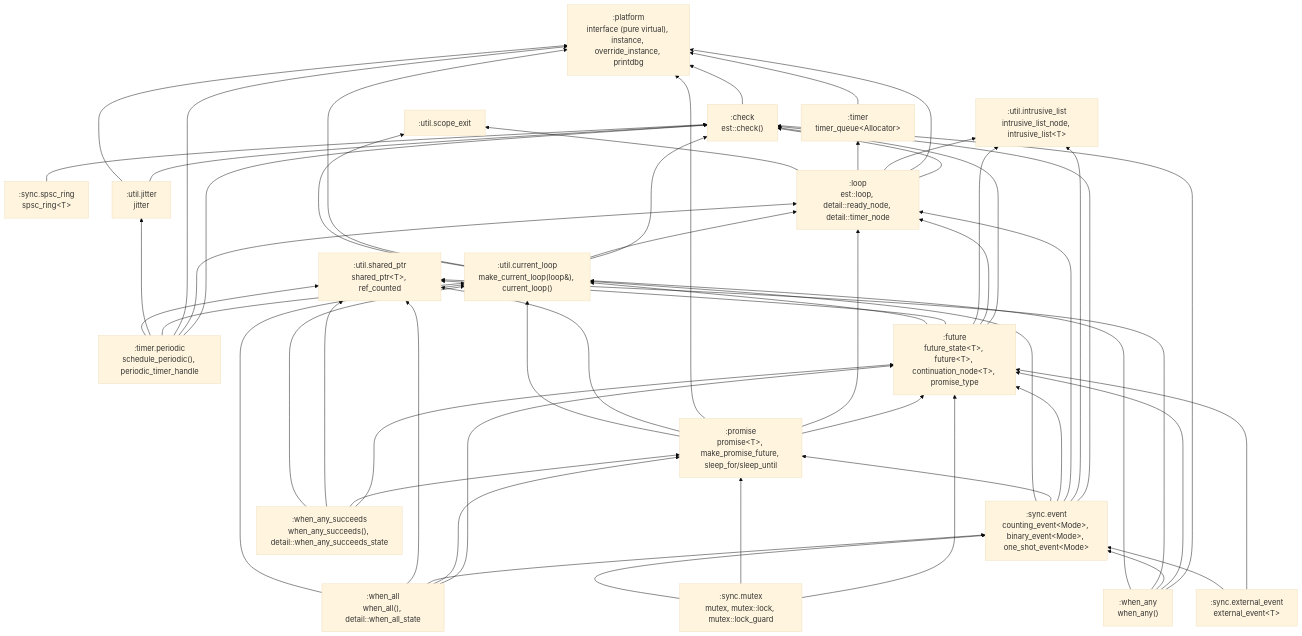
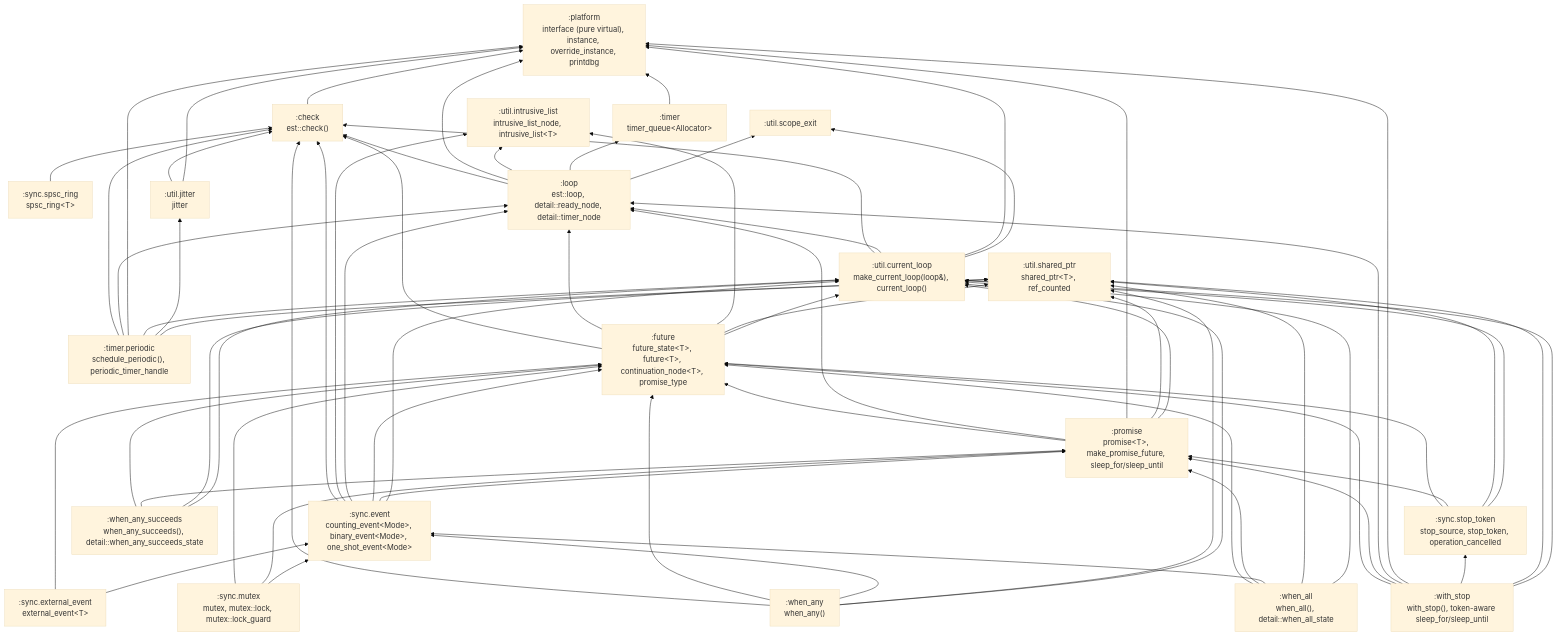
Before and after one commit to andijcr/async_experiments: the first of 2 diagrams in docs/wiki/Architecture.md, drawn with Mermaid (base theme). The commit also changed other lines of this file and 14 other files, not shown here.

First line of the commit message:
Add stop_token-style cancellation for future<T> (closes #56)

````diff
--- a/docs/wiki/Architecture.md
+++ b/docs/wiki/Architecture.md
@@ -28,6 +28,8 @@
   when_all[":when_all<br/>when_all(), detail::when_all_state"]
   when_any[":when_any<br/>when_any()"]
   when_any_succeeds[":when_any_succeeds<br/>when_any_succeeds(), detail::when_any_succeeds_state"]
+  stop_token[":sync.stop_token<br/>stop_source, stop_token, operation_cancelled"]
+  with_stop[":with_stop<br/>with_stop(), token-aware sleep_for/sleep_until"]
 
   check --> platform
   event --> check
@@ -84,4 +86,15 @@
   when_any_succeeds --> promise
   when_any_succeeds --> shared_ptr
   when_any_succeeds --> current_loop
+  stop_token --> future
+  stop_token --> promise
+  stop_token --> shared_ptr
+  stop_token --> current_loop
+  with_stop --> future
+  with_stop --> promise
+  with_stop --> loop
+  with_stop --> platform
+  with_stop --> stop_token
+  with_stop --> shared_ptr
+  with_stop --> current_loop
 ```
````
